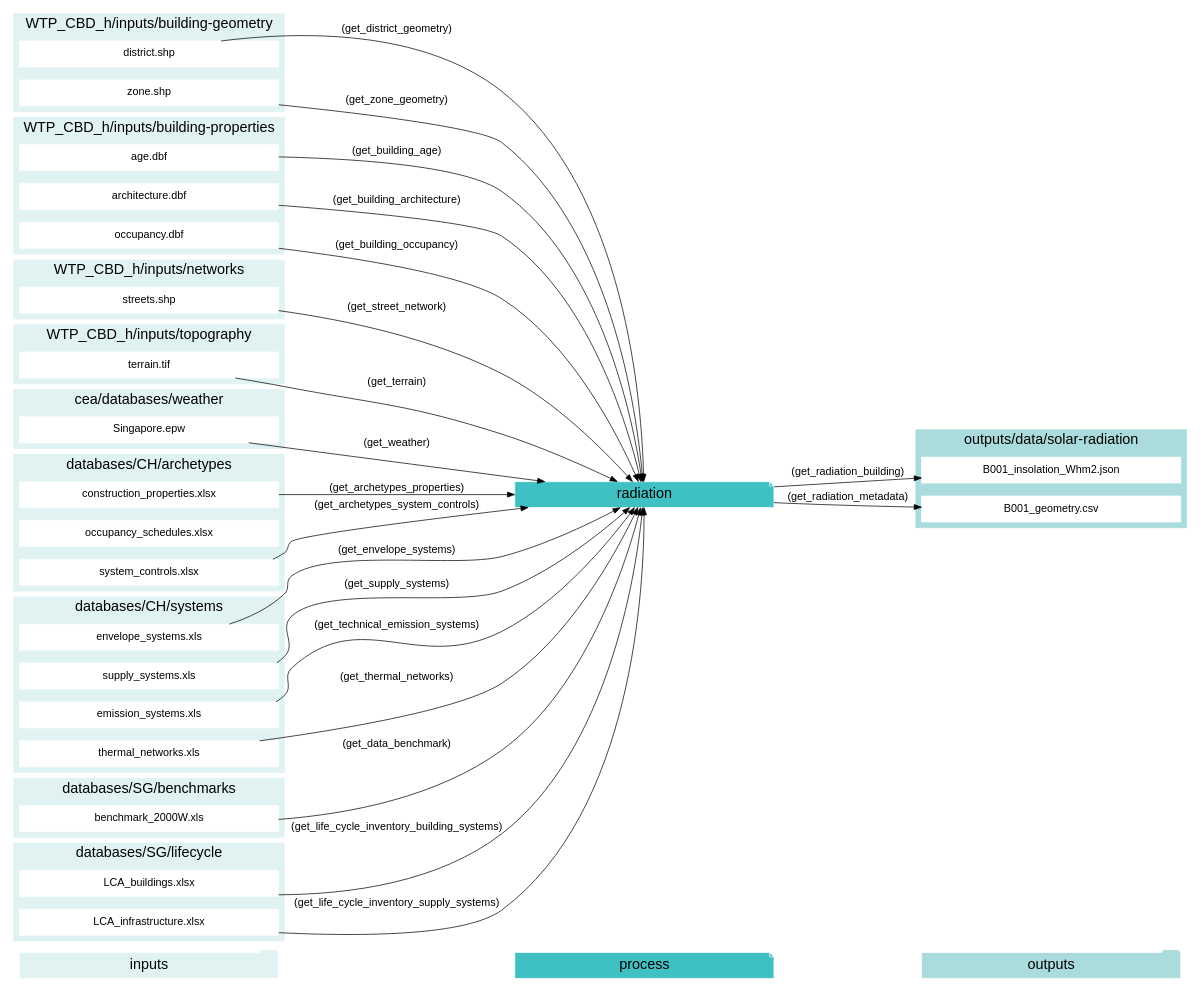
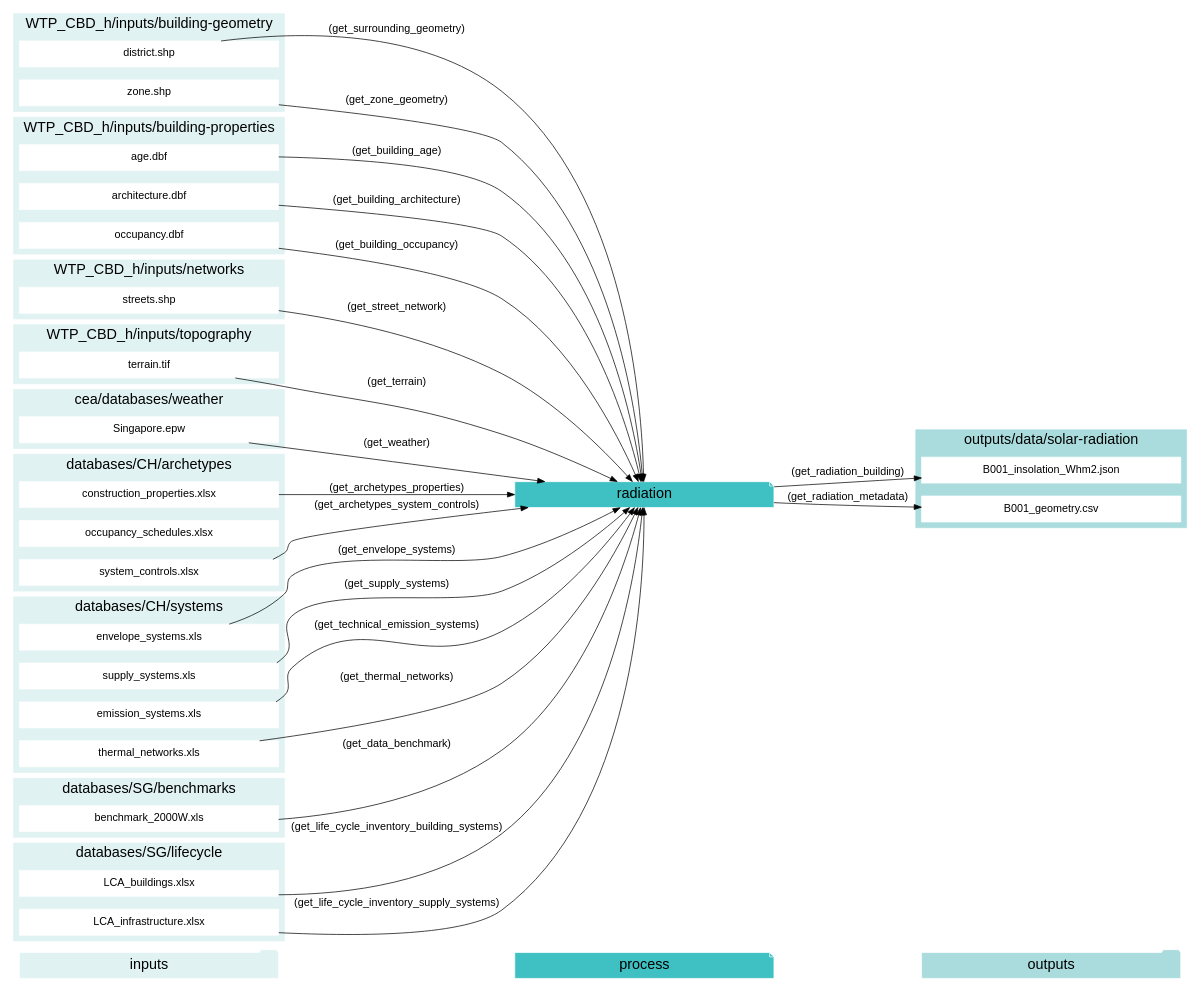
Diagram 11 of 12 in docs/script-data-flow.rst (architecture-building-systems/CityEnergyAnalyst), drawn with Graphviz before and after one commit. The commit also changed other lines of this file and 9 other files, not shown here.

```diff
--- a/docs/script-data-flow.rst
+++ b/docs/script-data-flow.rst
@@ -1576,7 +1576,7 @@
     "architecture.dbf" -> "radiation"[label="(get_building_architecture)"]
     "occupancy.dbf" -> "radiation"[label="(get_building_occupancy)"]
     "benchmark_2000W.xls" -> "radiation"[label="(get_data_benchmark)"]
-    "district.shp" -> "radiation"[label="(get_district_geometry)"]
+    "district.shp" -> "radiation"[label="(get_surrounding_geometry)"]
     "envelope_systems.xls" -> "radiation"[label="(get_envelope_systems)"]
     "LCA_buildings.xlsx" -> "radiation"[label="(get_life_cycle_inventory_building_systems)"]
     "LCA_infrastructure.xlsx" -> "radiation"[label="(get_life_cycle_inventory_supply_systems)"]
```
